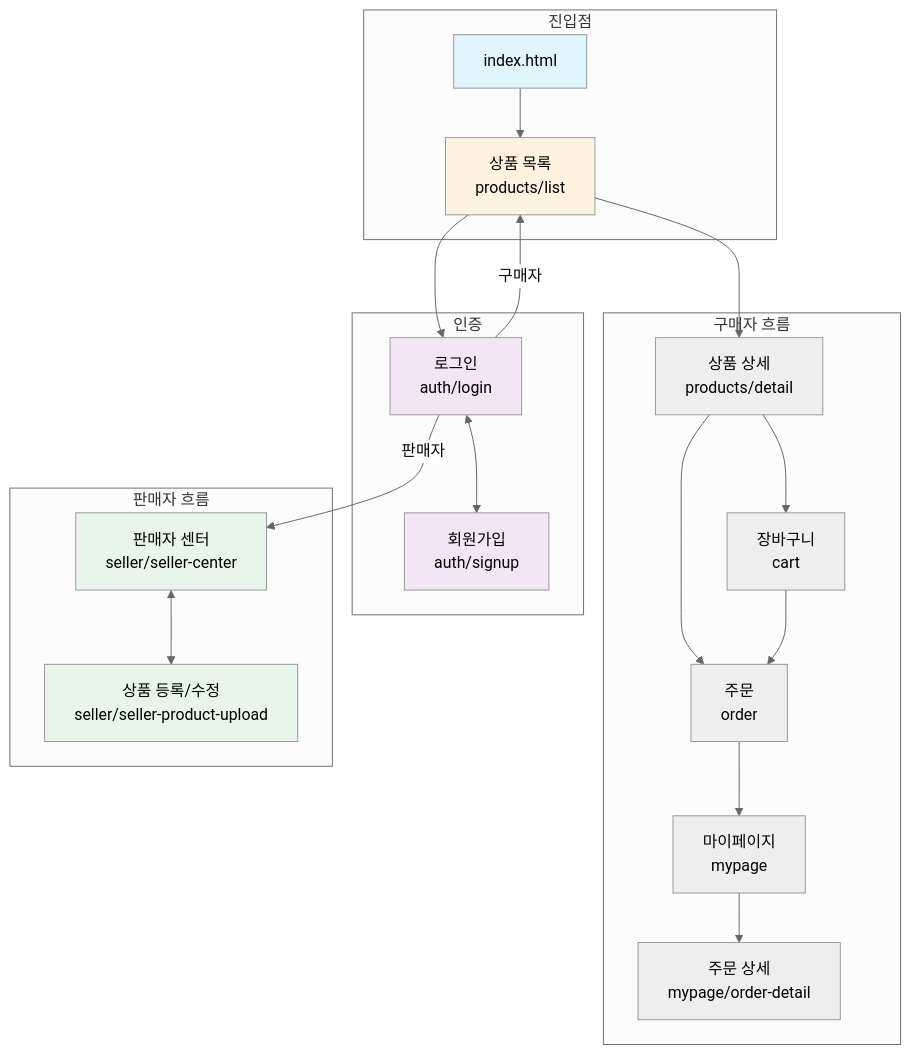
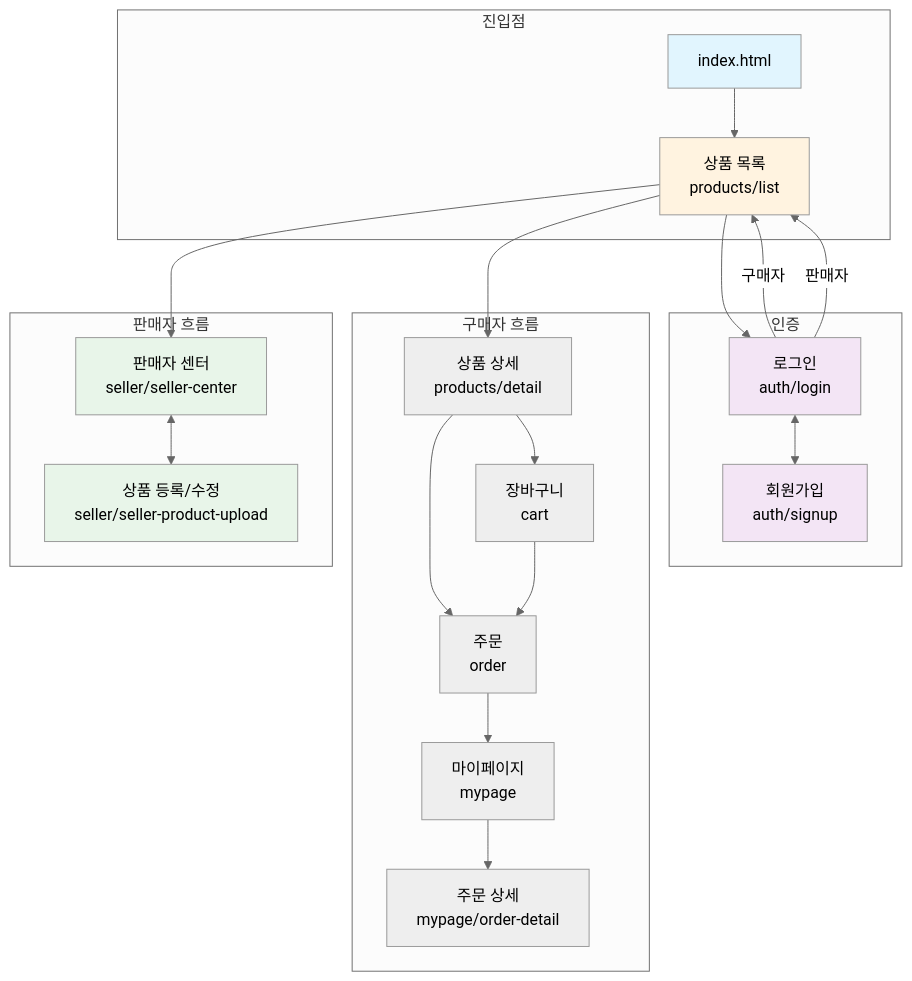
Before and after one commit to Team6-ModuLab/OpenMarket-Service: the first of 4 diagrams in README.md, drawn with Mermaid (neutral theme). The commit also changed other lines of this file, not shown here.

Commit message:
chore : 화면 설계 다이어그램 수정

````diff
--- a/README.md
+++ b/README.md
@@ -126,38 +127,39 @@
 ```mermaid
 flowchart TB
     subgraph 진입점
         A[index.html] --> B[상품 목록<br/>products/list]
     end
 
     subgraph 인증
         C[로그인<br/>auth/login]
         D[회원가입<br/>auth/signup]
         C <--> D
     end
 
     subgraph 구매자 흐름
         B --> E[상품 상세<br/>products/detail]
         E --> F[장바구니<br/>cart]
         E --> G[주문<br/>order]
         F --> G
         G --> H[마이페이지<br/>mypage]
         H --> I[주문 상세<br/>mypage/order-detail]
     end
 
     subgraph 판매자 흐름
         J[판매자 센터<br/>seller/seller-center]
         K[상품 등록/수정<br/>seller/seller-product-upload]
         J <--> K
     end
 
     B --> C
     C -->|구매자| B
-    C -->|판매자| J
+    C -->|판매자| B
+    B --> J
 
     style A fill:#e1f5fe
     style B fill:#fff3e0
     style C fill:#f3e5f5
     style D fill:#f3e5f5
     style J fill:#e8f5e9
     style K fill:#e8f5e9
 ```
````
